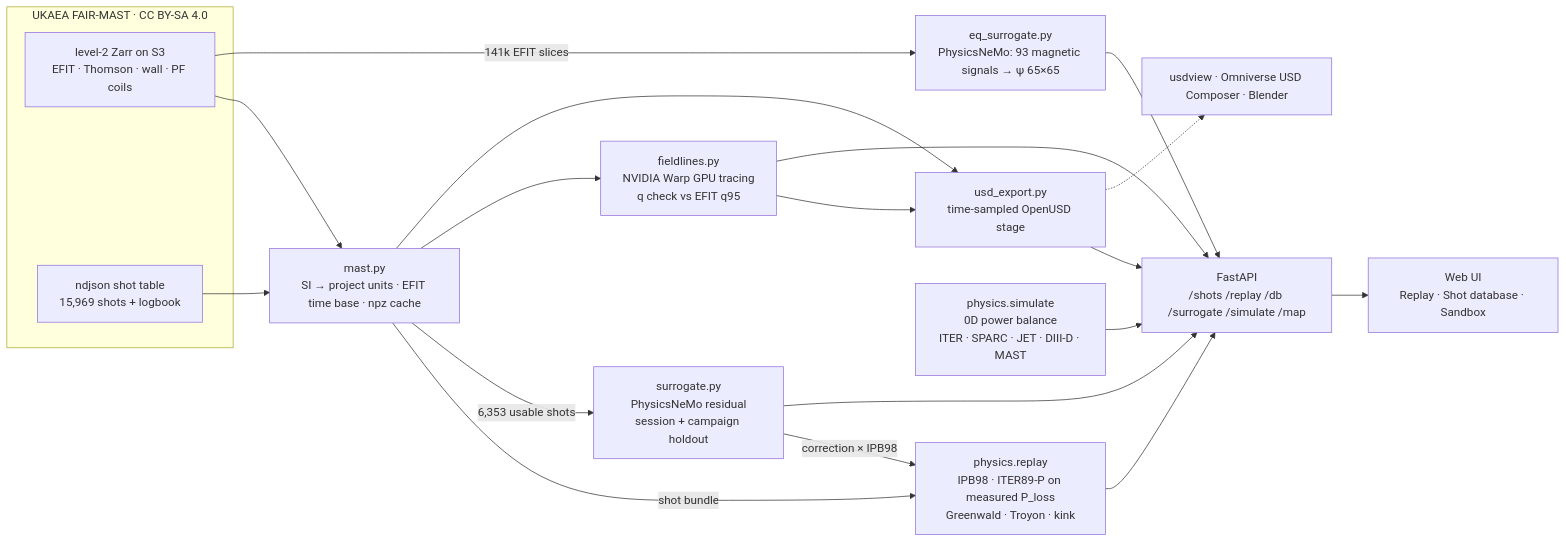
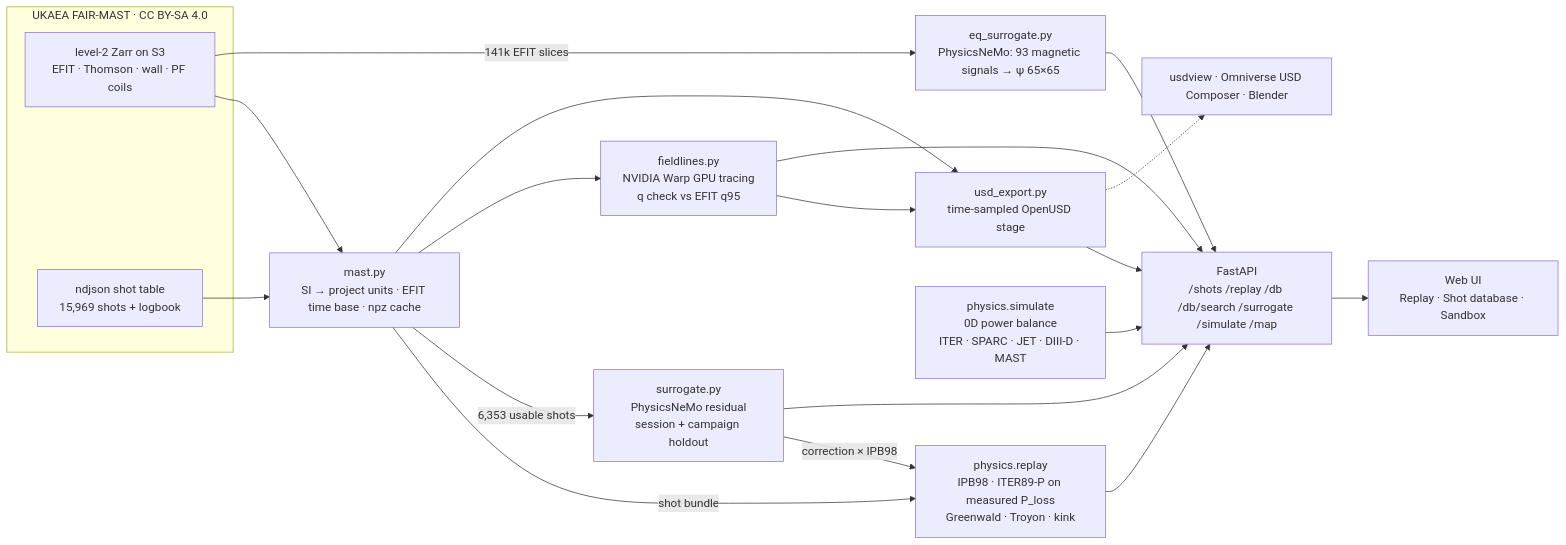
One commit to ganatma/FusionLab changed the diagram in README.md. Above: the diagram before and after it, drawn with Mermaid. The commit also changed 2 other files, not shown here.

Commit message:
feat(db-search): filter panel UI
A filter panel above the db tab's operating-space plots: shot id or
range, campaign, min/max pairs for Ip, B, P_nbi, n_e, W and q95, and
useful/aborted toggles, querying /db/search live (300 ms debounce) with
a paginated results table. Filters, page and the checked shots all
mirror into the URL (replaceState), so any filtered view — and any
selection for multi-shot compare (A2) — is shareable and restorable
from a link. A stale shared page lands back on page one; clicking a
shot opens the existing replay for it.

````diff
--- a/README.md
+++ b/README.md
@@ -131,24 +131,24 @@
 ```mermaid
 flowchart LR
   subgraph FAIR-MAST [UKAEA FAIR-MAST · CC BY-SA 4.0]
     Z[level-2 Zarr on S3<br/>EFIT · Thomson · wall · PF coils]
     N[ndjson shot table<br/>15,969 shots + logbook]
   end
   Z --> M[mast.py<br/>SI → project units · EFIT time base · npz cache]
   N --> M
   M -->|shot bundle| R[physics.replay<br/>IPB98 · ITER89-P on measured P_loss<br/>Greenwald · Troyon · kink]
   M -->|6,353 usable shots| S[surrogate.py<br/>PhysicsNeMo residual<br/>session + campaign holdout]
   S -->|correction × IPB98| R
   Z -->|141k EFIT slices| Q[eq_surrogate.py<br/>PhysicsNeMo: 93 magnetic signals → ψ 65×65]
   Q --> A
   M --> F[fieldlines.py<br/>NVIDIA Warp GPU tracing<br/>q check vs EFIT q95]
   F --> U
   F --> A
   M --> U[usd_export.py<br/>time-sampled OpenUSD stage]
-  R --> A[FastAPI<br/>/shots /replay /db /surrogate /simulate /map]
+  R --> A[FastAPI<br/>/shots /replay /db /db/search /surrogate /simulate /map]
   S --> A
   U --> A
   E[physics.simulate<br/>0D power balance<br/>ITER · SPARC · JET · DIII-D · MAST] --> A
   A --> W[Web UI<br/>Replay · Shot database · Sandbox]
   U -.-> O[usdview · Omniverse USD Composer · Blender]
 ```
````
